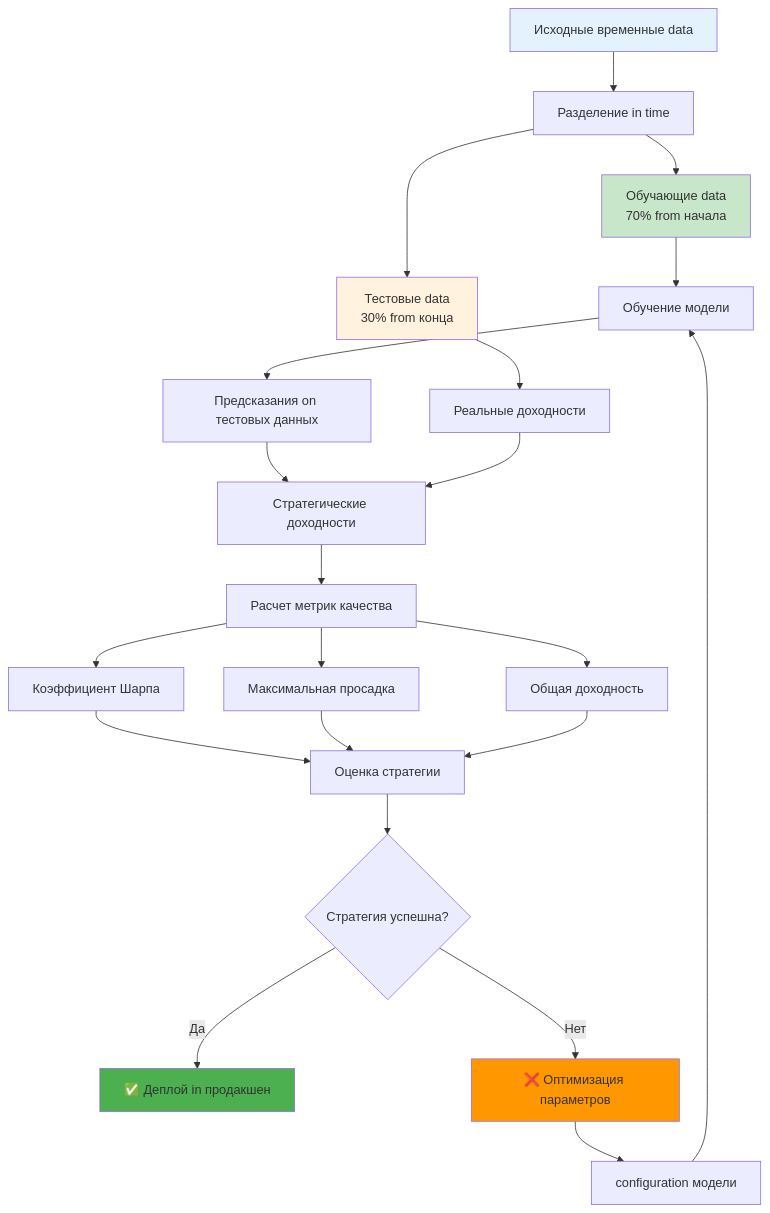
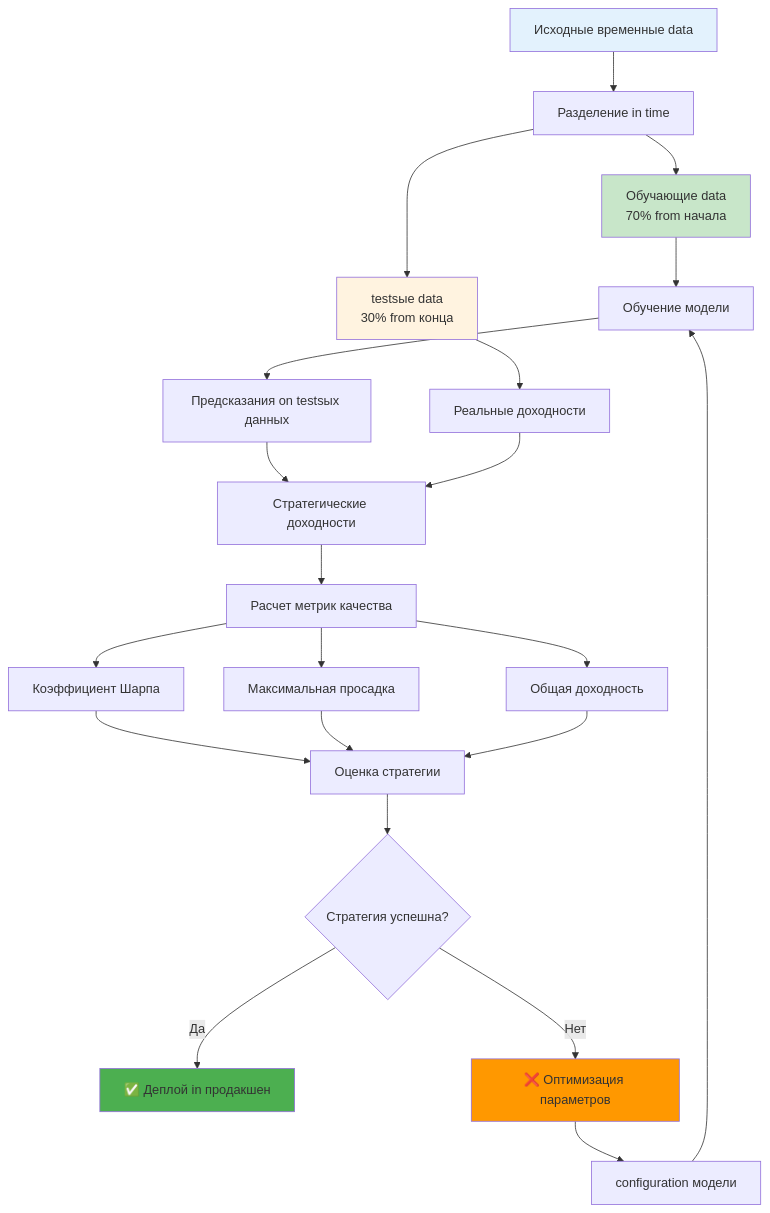
One commit to NeoZorK/neozork-hld-prediction changed the third of 9 diagrams in docs/automl/gluon/29_backtesting_methods.md. Above: the diagram before and after it, drawn with Mermaid. The commit also changed other lines of this file and 104 other files, not shown here.

````diff
--- a/docs/automl/gluon/29_backtesting_methods.md
+++ b/docs/automl/gluon/29_backtesting_methods.md
@@ -146,36 +146,36 @@
 ```mermaid
 graph TD
  A[Исходные временные data] --> B[Разделение in time]
 
  B --> C[Обучающие data<br/>70% from начала]
- B --> D[Тестовые data<br/>30% from конца]
+ B --> D[testsые data<br/>30% from конца]
 
  C --> E[Обучение модели]
- E --> F[Предсказания on тестовых данных]
+ E --> F[Предсказания on testsых данных]
 
  D --> G[Реальные доходности]
  F --> H[Стратегические доходности]
  G --> H
 
  H --> I[Расчет метрик качества]
  I --> J[Коэффициент Шарпа]
  I --> K[Максимальная просадка]
  I --> L[Общая доходность]
 
  J --> M[Оценка стратегии]
  K --> M
  L --> M
 
  M --> N{Стратегия успешна?}
  N -->|Да| O[✅ Деплой in продакшен]
  N -->|Нет| P[❌ Оптимизация параметров]
 
  P --> Q[configuration модели]
  Q --> E
 
  style A fill:#e3f2fd
  style C fill:#c8e6c9
  style D fill:#fff3e0
  style O fill:#4caf50
  style P fill:#ff9800
 ```
````
